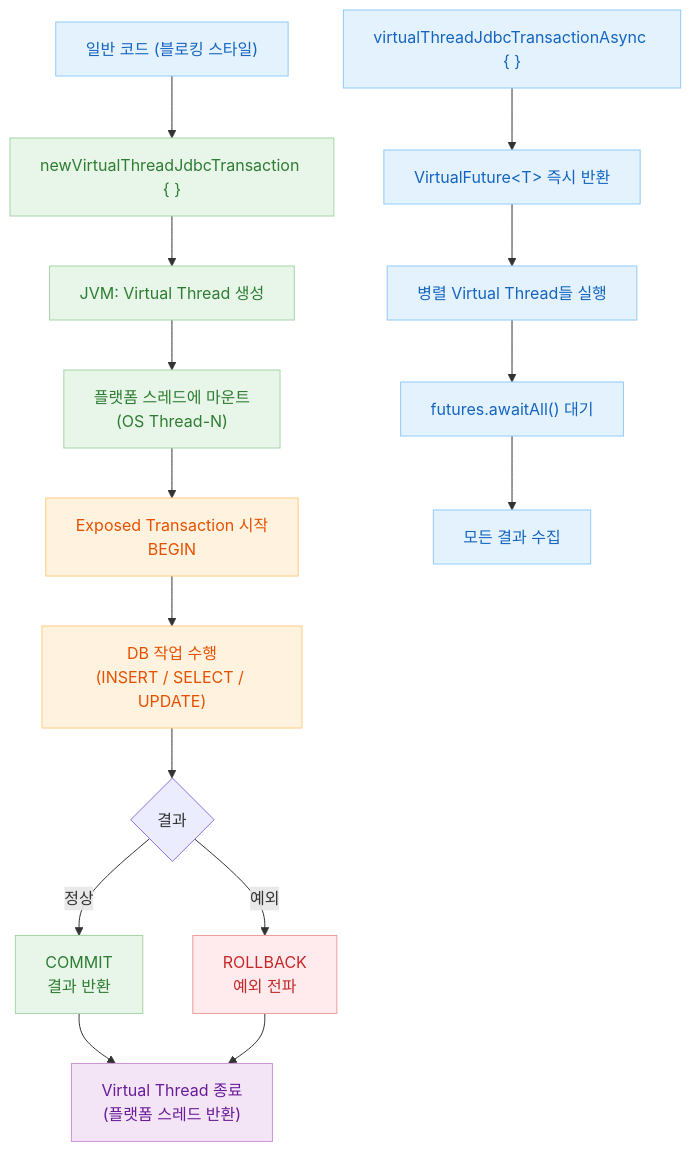
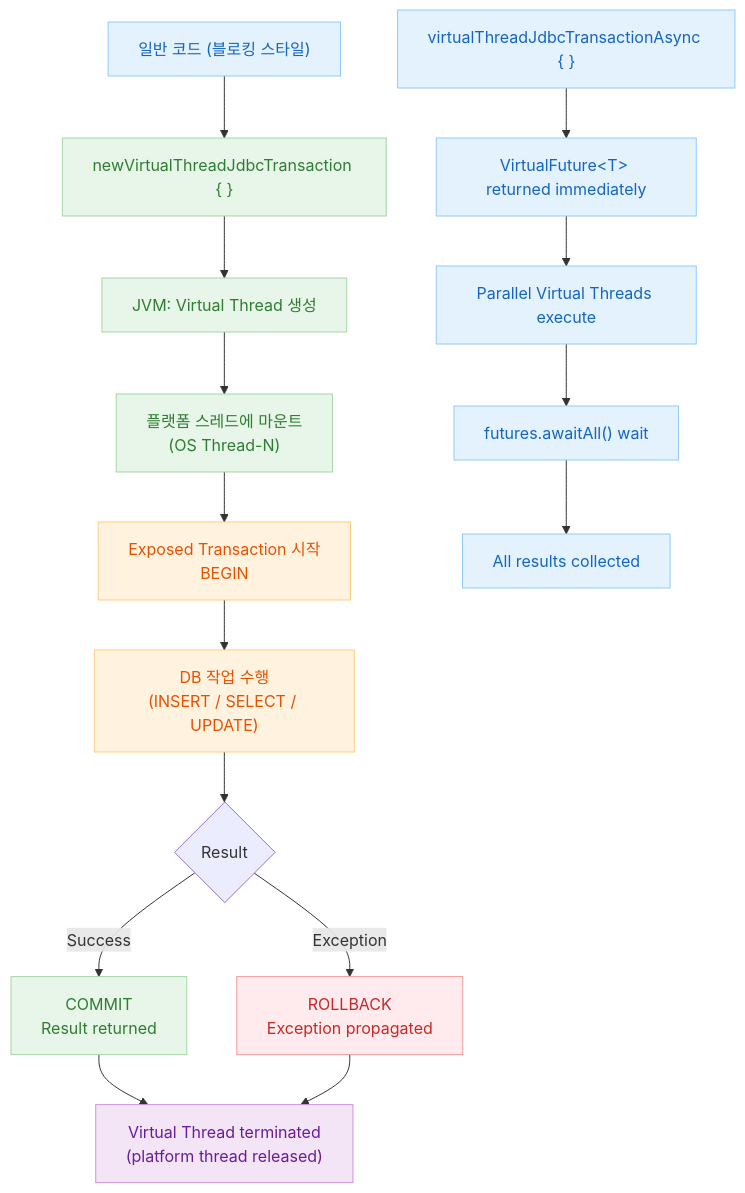
Before and after one commit to bluetape4k/exposed-workshop: the second of 4 diagrams in 08-coroutines/02-virtualthreads-basic/README.md, drawn with Mermaid. The commit also changed other lines of this file and 115 other files, not shown here.

````diff
--- a/08-coroutines/02-virtualthreads-basic/README.md
+++ b/08-coroutines/02-virtualthreads-basic/README.md
@@ -91,32 +93,32 @@
 ```mermaid
 flowchart TD
     A["일반 코드 (블로킹 스타일)"] --> B["newVirtualThreadJdbcTransaction { }"]
     B --> C["JVM: Virtual Thread 생성"]
     C --> D["플랫폼 스레드에 마운트\n(OS Thread-N)"]
     D --> E["Exposed Transaction 시작\nBEGIN"]
     E --> F["DB 작업 수행\n(INSERT / SELECT / UPDATE)"]
-    F --> G{결과}
-    G -->|정상| H["COMMIT\n결과 반환"]
-    G -->|예외| I["ROLLBACK\n예외 전파"]
-    H --> J["Virtual Thread 종료\n(플랫폼 스레드 반환)"]
+    F --> G{Result}
+    G -->|Success| H["COMMIT\nResult returned"]
+    G -->|Exception| I["ROLLBACK\nException propagated"]
+    H --> J["Virtual Thread terminated\n(platform thread released)"]
     I --> J
 
-    B2["virtualThreadJdbcTransactionAsync { }"] --> K["VirtualFuture&lt;T&gt; 즉시 반환"]
-    K --> L["병렬 Virtual Thread들 실행"]
-    L --> M["futures.awaitAll() 대기"]
-    M --> N["모든 결과 수집"]
+    B2["virtualThreadJdbcTransactionAsync { }"] --> K["VirtualFuture&lt;T&gt; returned immediately"]
+    K --> L["Parallel Virtual Threads execute"]
+    L --> M["futures.awaitAll() wait"]
+    M --> N["All results collected"]
 
     classDef blue fill:#E3F2FD,stroke:#90CAF9,color:#1565C0
     classDef green fill:#E8F5E9,stroke:#A5D6A7,color:#2E7D32
     classDef orange fill:#FFF3E0,stroke:#FFCC80,color:#E65100
     classDef red fill:#FFEBEE,stroke:#EF9A9A,color:#C62828
     classDef purple fill:#F3E5F5,stroke:#CE93D8,color:#6A1B9A
 
     class A blue
     class B,C,D green
     class E,F orange
     class H green
     class I red
     class J purple
     class B2,K,L,M,N blue
 ```
````
